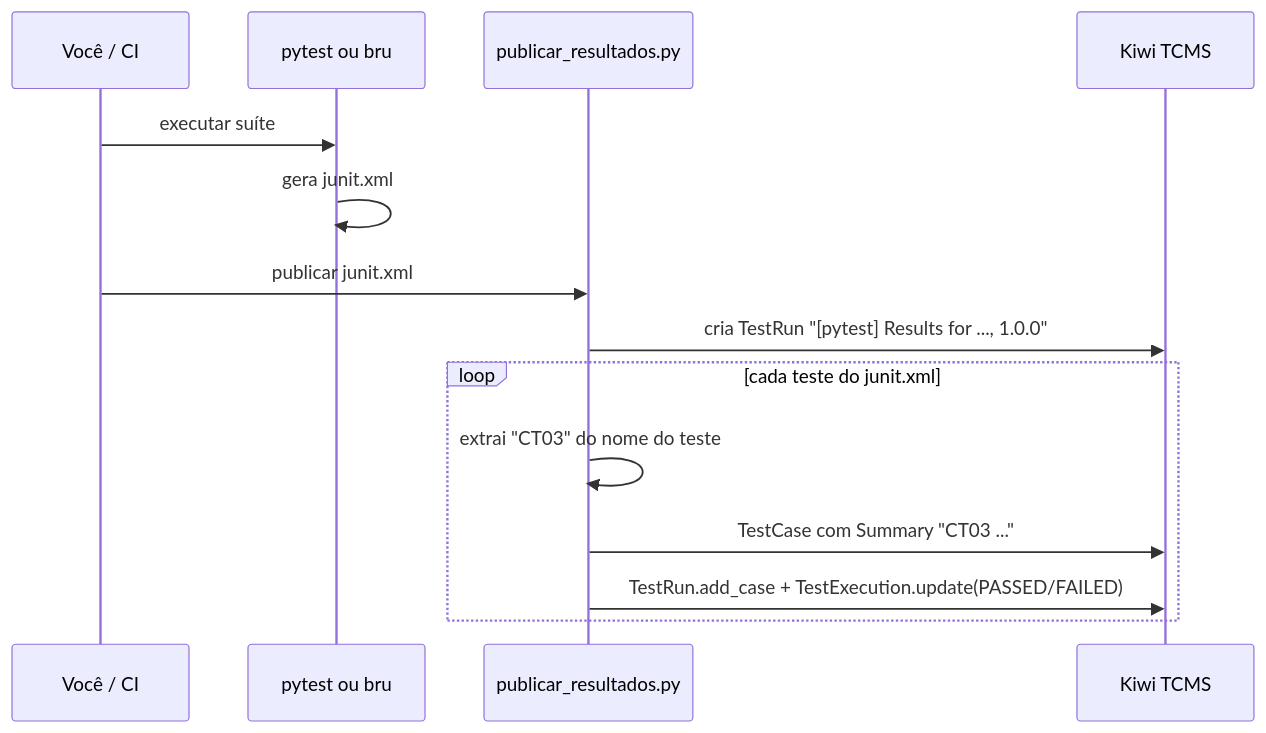
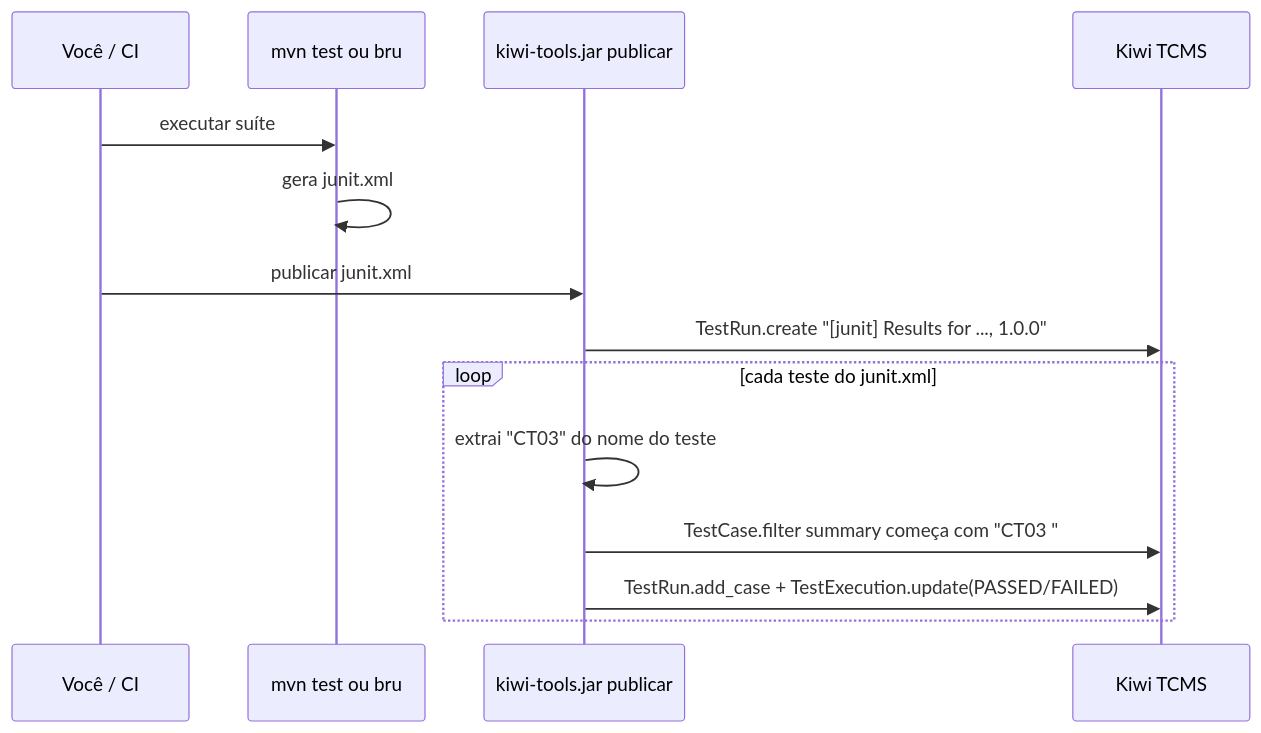
The second of 2 diagrams in class24/lab-kiwi/GQS24-Tutorial-KiwiTCMS-TechStore.md (giovanebarcelos/gqs-sandbox), drawn with Mermaid before and after one commit. The commit also changed other lines of this file and 43 other files, not shown here.

````diff
--- a/class24/lab-kiwi/GQS24-Tutorial-KiwiTCMS-TechStore.md
+++ b/class24/lab-kiwi/GQS24-Tutorial-KiwiTCMS-TechStore.md
@@ -460,16 +491,16 @@
 ```mermaid
 sequenceDiagram
     participant Dev as Você / CI
-    participant Runner as pytest ou bru
-    participant Pub as publicar_resultados.py
+    participant Runner as mvn test ou bru
+    participant Pub as kiwi-tools.jar publicar
     participant Kiwi as Kiwi TCMS
     Dev->>Runner: executar suíte
     Runner->>Runner: gera junit.xml
     Dev->>Pub: publicar junit.xml
-    Pub->>Kiwi: cria TestRun "[pytest] Results for ..., 1.0.0"
+    Pub->>Kiwi: TestRun.create "[junit] Results for ..., 1.0.0"
     loop cada teste do junit.xml
         Pub->>Pub: extrai "CT03" do nome do teste
-        Pub->>Kiwi: TestCase com Summary "CT03 ..."
+        Pub->>Kiwi: TestCase.filter summary começa com "CT03 "
         Pub->>Kiwi: TestRun.add_case + TestExecution.update(PASSED/FAILED)
     end
 ```
````
